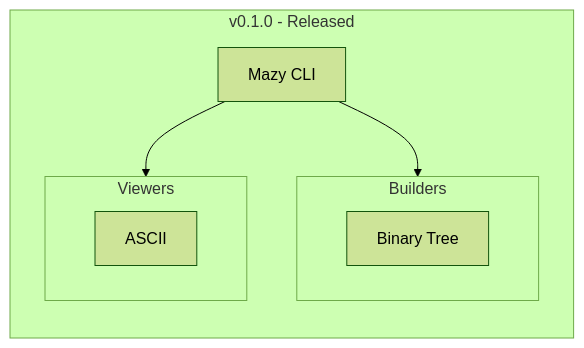
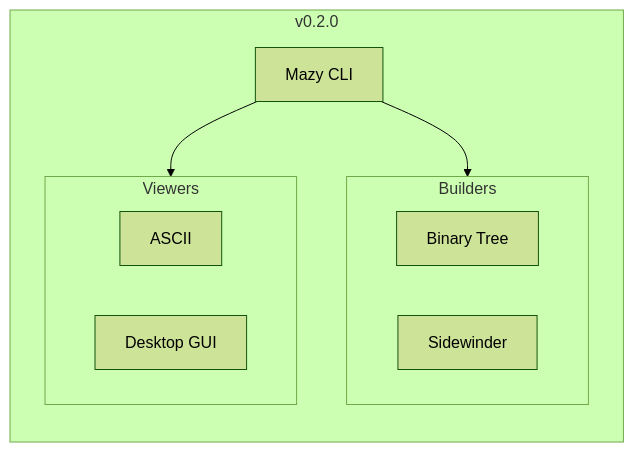
One commit to correialc/mazy changed the first of 2 diagrams in README.md. Above: the diagram before and after it, drawn with Mermaid (forest theme). The commit also changed other lines of this file and 2 other files, not shown here.

````diff
--- a/README.md
+++ b/README.md
@@ -24,19 +26,24 @@
 ```mermaid
 flowchart LR
     CLI[Mazy CLI]
     BTG[Binary Tree]
+    SW[Sidewinder]
+        
     ASC[ASCII]
+    DESK[Desktop GUI]
 
-    subgraph MVP1[v0.1.0 - Released]
+    subgraph MVP[v0.2.0]
         subgraph Builders
-            BTG 
+            BTG
+            SW 
         end
 
         subgraph Viewers
             ASC
+            DESK
         end
-    
+
         CLI-->Builders
         CLI-->Viewers
     end
 ```
````
